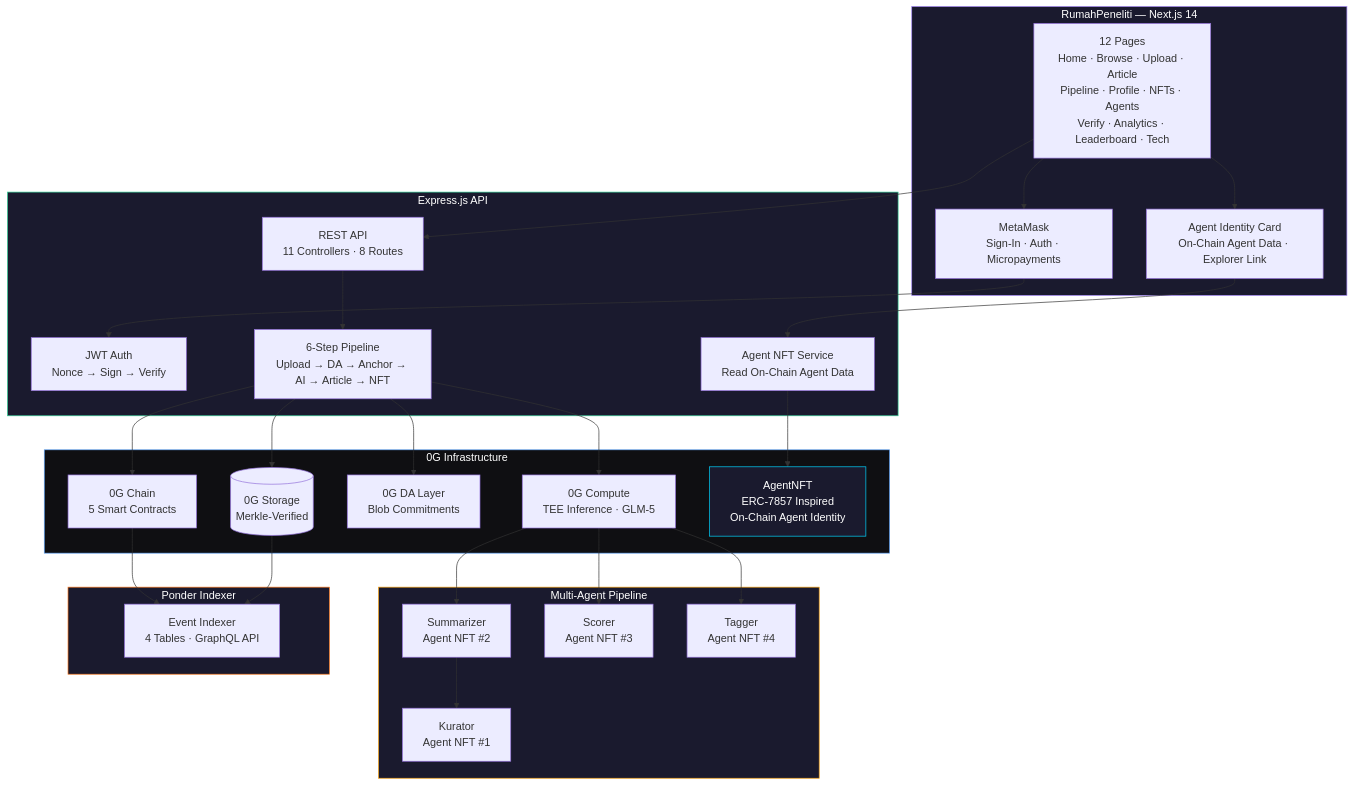
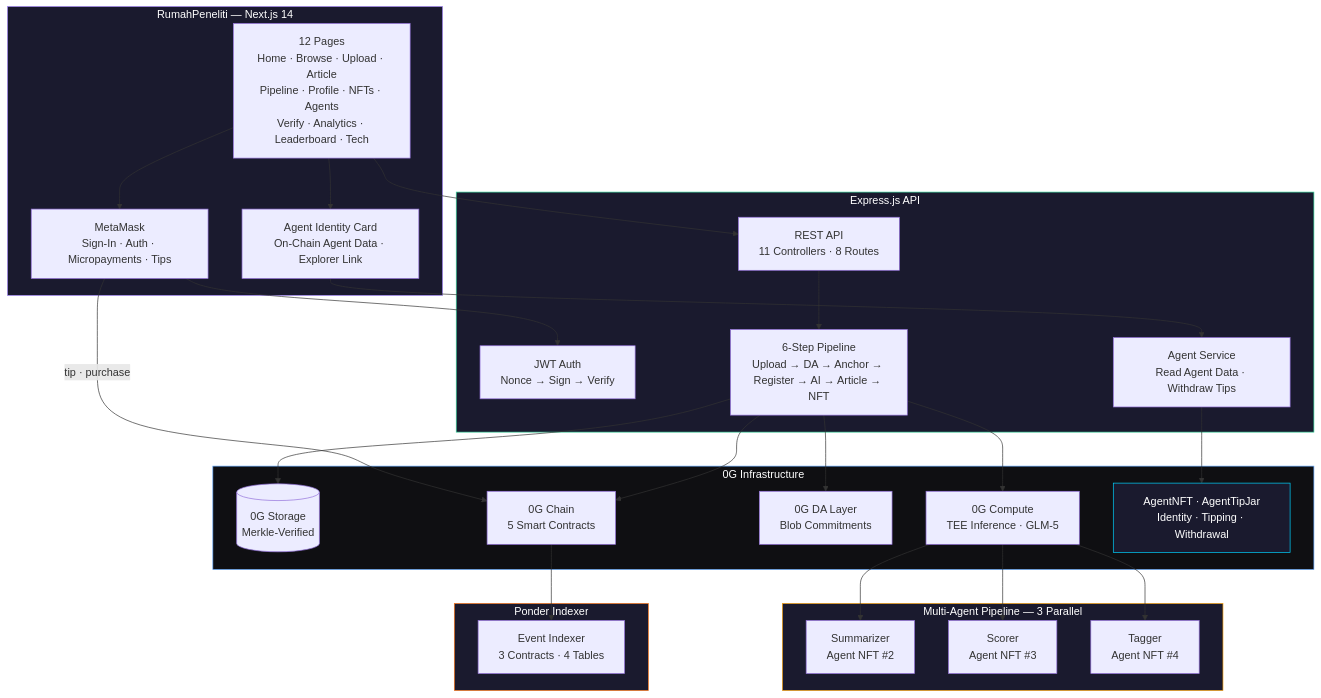
One commit to dwlpra/rumah-peneliti changed the first of 5 diagrams in README.md. Above: the diagram before and after it, drawn with Mermaid. The commit also changed other lines of this file and 2 other files, not shown here.

First line of the commit message:
feat: agentic economy auto-recycle, README track 3 positioning, fix architecture diagrams

````diff
--- a/README.md
+++ b/README.md
@@ -140,59 +170,57 @@
 ```mermaid
 graph TB
     subgraph Frontend["RumahPeneliti — Next.js 14"]
         UI["12 Pages<br/>Home · Browse · Upload · Article<br/>Pipeline · Profile · NFTs · Agents<br/>Verify · Analytics · Leaderboard · Tech"]
-        Wallet["MetaMask<br/>Sign-In · Auth · Micropayments"]
+        Wallet["MetaMask<br/>Sign-In · Auth · Micropayments · Tips"]
         AgentUI["Agent Identity Card<br/>On-Chain Agent Data · Explorer Link"]
     end
 
     subgraph Backend["Express.js API"]
         API["REST API<br/>11 Controllers · 8 Routes"]
         Auth["JWT Auth<br/>Nonce → Sign → Verify"]
-        Pipeline["6-Step Pipeline<br/>Upload → DA → Anchor → AI → Article → NFT"]
-        AgentSvc["Agent NFT Service<br/>Read On-Chain Agent Data"]
+        Pipeline["6-Step Pipeline<br/>Upload → DA → Anchor → Register → AI → Article → NFT"]
+        AgentSvc["Agent Service<br/>Read Agent Data · Withdraw Tips"]
     end
 
-    subgraph AI["Multi-Agent Pipeline"]
+    subgraph AI["Multi-Agent Pipeline — 3 Parallel"]
         Summarizer["Summarizer<br/>Agent NFT #2"]
         Scorer["Scorer<br/>Agent NFT #3"]
         Tagger["Tagger<br/>Agent NFT #4"]
-        Reviewer["Kurator<br/>Agent NFT #1"]
     end
 
     subgraph ZeroG["0G Infrastructure"]
         Storage[("0G Storage<br/>Merkle-Verified")]
         Compute["0G Compute<br/>TEE Inference · GLM-5"]
         DA["0G DA Layer<br/>Blob Commitments"]
         Chain["0G Chain<br/>5 Smart Contracts"]
-        AgentNFT["AgentNFT<br/>ERC-7857 Inspired<br/>On-Chain Agent Identity"]
+        AgentNFT["AgentNFT · AgentTipJar<br/>Identity · Tipping · Withdrawal"]
     end
 
     subgraph Indexer["Ponder Indexer"]
-        Ponder["Event Indexer<br/>4 Tables · GraphQL API"]
+        Ponder["Event Indexer<br/>3 Contracts · 4 Tables"]
     end
 
     UI --> Wallet
     UI --> API
     UI --> AgentUI
     AgentUI --> AgentSvc
     AgentSvc --> AgentNFT
     Wallet --> Auth
+    Wallet -->|"tip · purchase"| Chain
     API --> Pipeline
     Pipeline --> Storage
     Pipeline --> DA
     Pipeline --> Chain
     Pipeline --> Compute
     Compute --> Summarizer
     Compute --> Scorer
     Compute --> Tagger
-    Summarizer --> Reviewer
     Chain --> Ponder
-    Storage --> Ponder
 
     style Frontend fill:#1a1a2e,stroke:#a78bfa,color:#fff
     style Backend fill:#1a1a2e,stroke:#34d399,color:#fff
     style AI fill:#1a1a2e,stroke:#f59e0b,color:#fff
     style ZeroG fill:#0f0f12,stroke:#60a5fa,color:#fff
     style Indexer fill:#1a1a2e,stroke:#f97316,color:#fff
     style AgentNFT fill:#1a1a2e,stroke:#00d4ff,color:#fff
 ```
````
